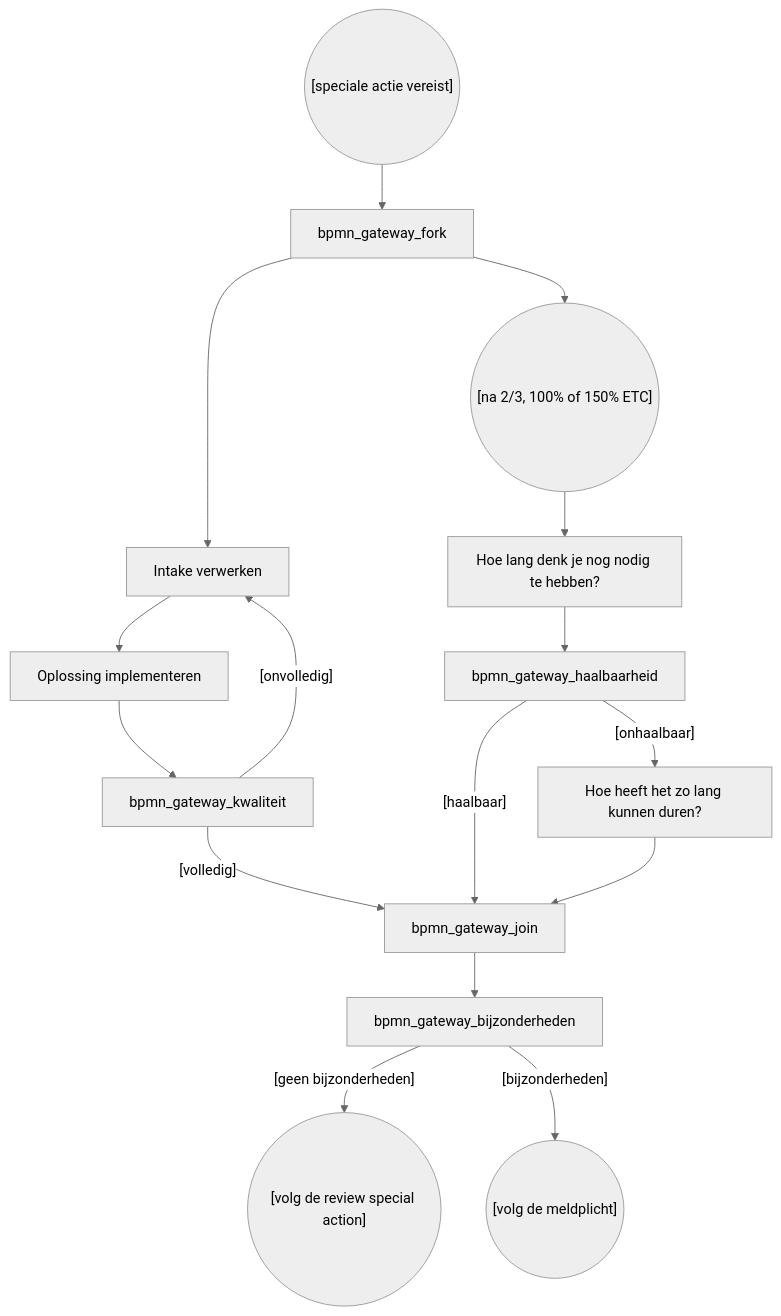
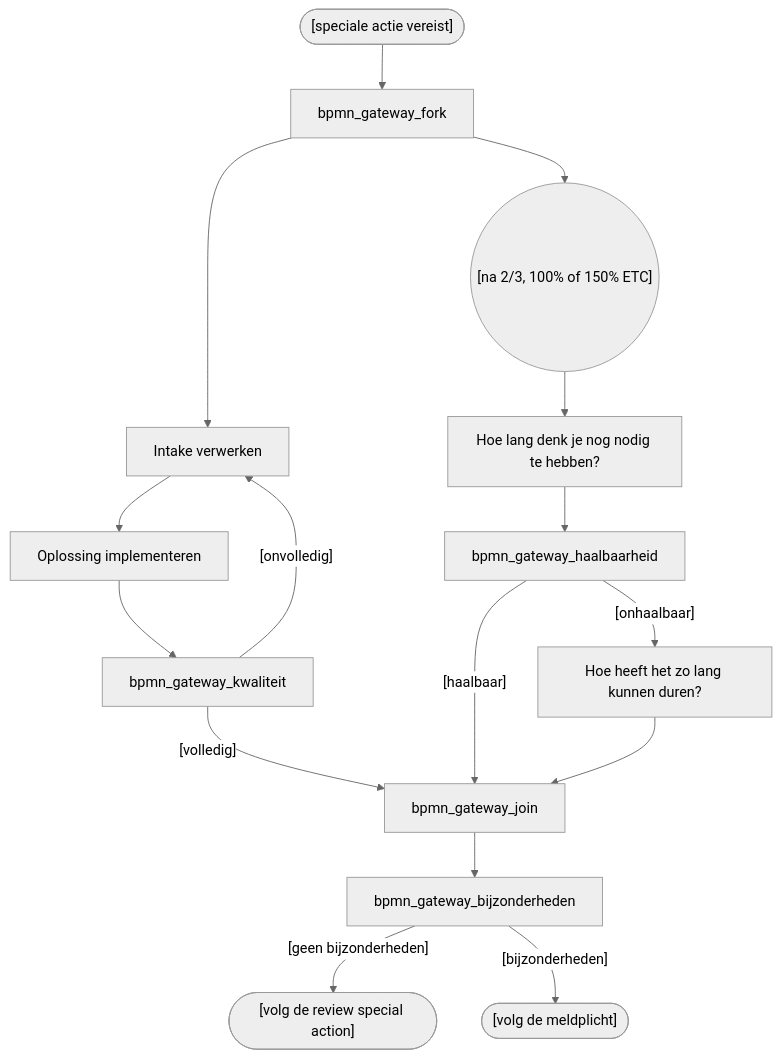
The diagram in 11 Issue Tracker special action.mermaid (Zaibatsu89/IssueTracker), drawn with Mermaid (neutral theme) before and after one commit. The commit also changed 12 other files, not shown here.

Commit message:
Added support for both BPMN and standard flowchart shapes

```diff
--- a/11 Issue Tracker special action.mermaid
+++ b/11 Issue Tracker special action.mermaid
@@ -1,24 +1,24 @@
-graph TD
-    bpmn_start_event(("[speciale actie vereist]"))
+flowchart TD
+    bpmn_start_event(["[speciale actie vereist]"])
     bpmn_task_intake["Intake verwerken"]
     bpmn_task_oplossing["Oplossing implementeren"]
     bpmn_event_etc(("[na 2/3, 100% of 150% ETC]"))
     bpmn_task_inschatting["Hoe lang denk je nog nodig te hebben?"]
     bpmn_task_verantwoording["Hoe heeft het zo lang kunnen duren?"]
-    bpmn_end_regulier(("[volg de review special action]"))
-    bpmn_end_bijzonderheden(("[volg de meldplicht]"))
+    bpmn_end_regulier(["[volg de review special action]"])
+    bpmn_end_bijzonderheden(["[volg de meldplicht]"])
     bpmn_gateway_kwaliteit -->|"[onvolledig]"| bpmn_task_intake
     bpmn_gateway_kwaliteit -->|"[volledig]"| bpmn_gateway_join
     bpmn_gateway_haalbaarheid -->|"[haalbaar]"| bpmn_gateway_join
     bpmn_gateway_haalbaarheid -->|"[onhaalbaar]"| bpmn_task_verantwoording
     bpmn_gateway_bijzonderheden -->|"[geen bijzonderheden]"| bpmn_end_regulier
     bpmn_gateway_bijzonderheden -->|"[bijzonderheden]"| bpmn_end_bijzonderheden
     bpmn_start_event --> bpmn_gateway_fork
     bpmn_gateway_fork --> bpmn_task_intake
     bpmn_gateway_fork --> bpmn_event_etc
     bpmn_task_intake --> bpmn_task_oplossing
     bpmn_task_oplossing --> bpmn_gateway_kwaliteit
     bpmn_event_etc --> bpmn_task_inschatting
     bpmn_task_inschatting --> bpmn_gateway_haalbaarheid
     bpmn_task_verantwoording --> bpmn_gateway_join
     bpmn_gateway_join --> bpmn_gateway_bijzonderheden
```
